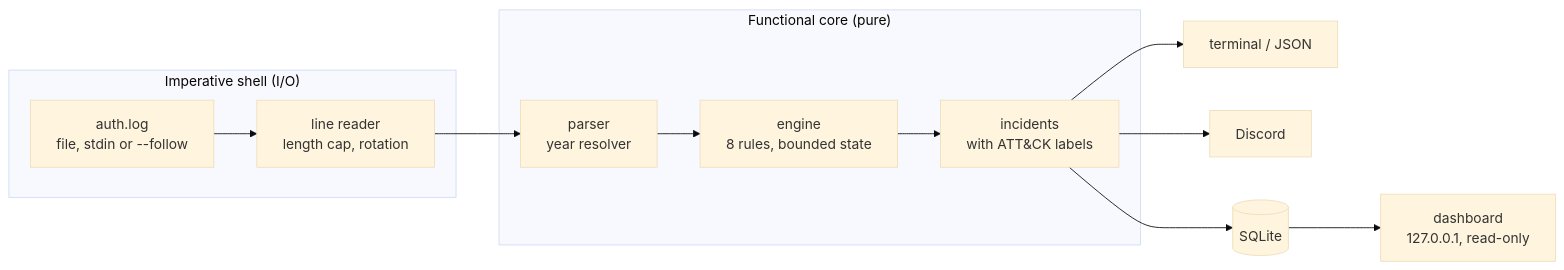
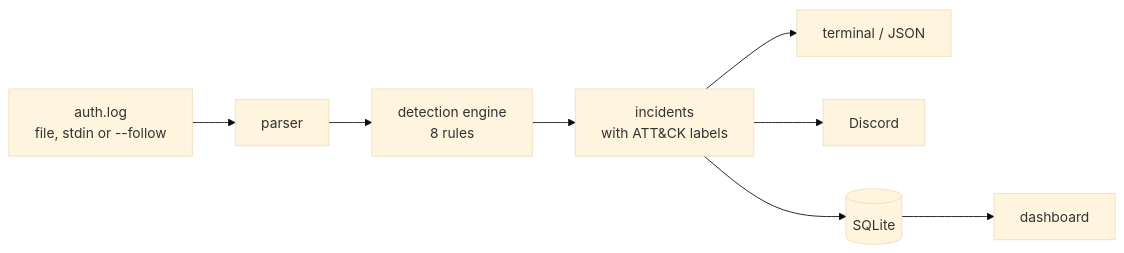
The diagram in README.md (Athbba/log-analyzer), drawn with Mermaid (base theme) before and after one commit. The commit also changed other lines of this file, not shown here.

Commit message:
docs(readme): short README for a first-time reader; detail lives in docs/

````diff
--- a/README.md
+++ b/README.md
@@ -334,15 +67,10 @@
 ```mermaid
 flowchart LR
-  subgraph shell["Imperative shell (I/O)"]
-    IN["auth.log<br/>file, stdin or --follow"] --> RD["line reader<br/>length cap, rotation"]
-  end
-  subgraph core["Functional core (pure)"]
-    PA["parser<br/>year resolver"] --> EN["engine<br/>8 rules, bounded state"]
-    EN --> INC["incidents<br/>with ATT&CK labels"]
-  end
-  RD --> PA
+  IN["auth.log<br/>file, stdin or --follow"] --> PA["parser"]
+  PA --> EN["detection engine<br/>8 rules"]
+  EN --> INC["incidents<br/>with ATT&CK labels"]
   INC --> OUT["terminal / JSON"]
   INC --> DC["Discord"]
   INC --> DB[("SQLite")]
-  DB --> DA["dashboard<br/>127.0.0.1, read-only"]
+  DB --> DA["dashboard"]
 ```
````
